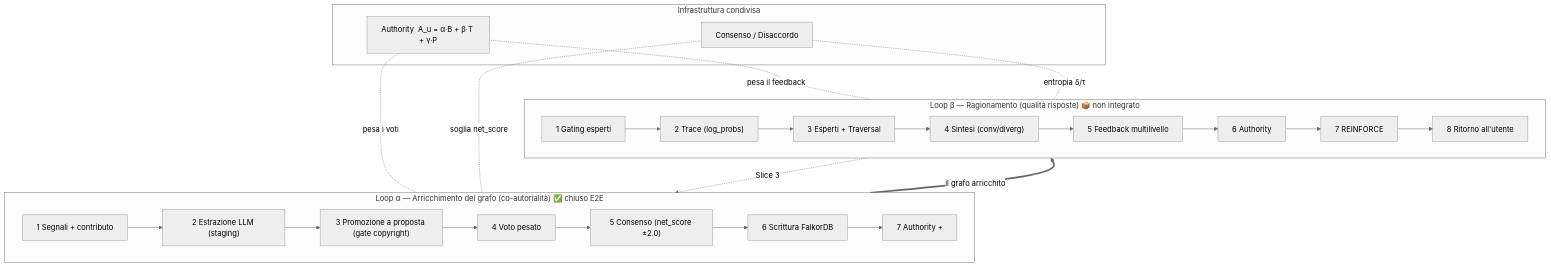
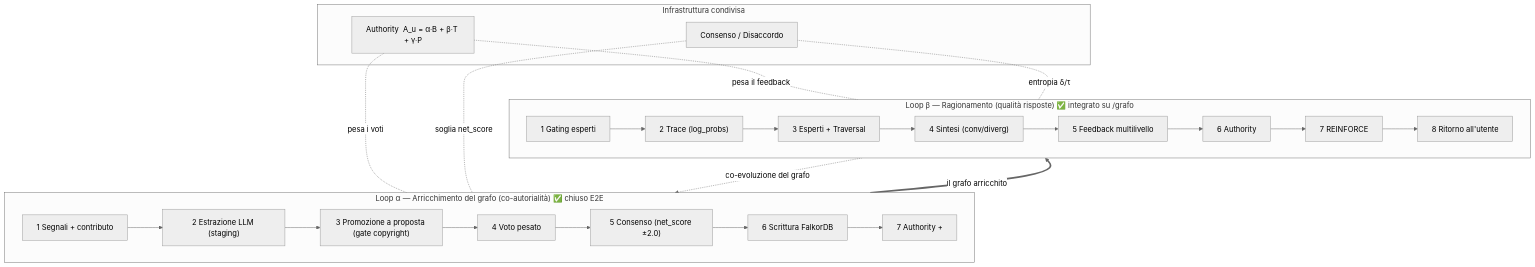
One commit to capazme/VisuaLexAPI changed the diagram in docs/merlt/system-map.md. Above: the diagram before and after it, drawn with Mermaid (neutral theme). The commit also changed other lines of this file and 19 other files, not shown here.

````diff
--- a/docs/merlt/system-map.md
+++ b/docs/merlt/system-map.md
@@ -57,24 +65,24 @@
 ```mermaid
 flowchart TB
   subgraph SHARED[Infrastruttura condivisa]
     AUTH["Authority  A_u = α·B + β·T + γ·P"]
     CONS["Consenso / Disaccordo"]
   end
 
   subgraph A["Loop α — Arricchimento del grafo (co-autorialità)  ✅ chiuso E2E"]
     direction LR
     A1["1 Segnali + contributo"] --> A2["2 Estrazione LLM (staging)"] --> A3["3 Promozione a proposta (gate copyright)"] --> A4["4 Voto pesato"] --> A5["5 Consenso (net_score ±2.0)"] --> A6["6 Scrittura FalkorDB"] --> A7["7 Authority +"]
   end
 
-  subgraph B["Loop β — Ragionamento (qualità risposte)  📦 non integrato"]
+  subgraph B["Loop β — Ragionamento (qualità risposte)  ✅ integrato su /grafo"]
     direction LR
     B1["1 Gating esperti"] --> B2["2 Trace (log_probs)"] --> B3["3 Esperti + Traversal"] --> B4["4 Sintesi (conv/diverg)"] --> B5["5 Feedback multilivello"] --> B6["6 Authority"] --> B7["7 REINFORCE"] --> B8["8 Ritorno all'utente"]
   end
 
   AUTH -. pesa i voti .- A4
   AUTH -. pesa il feedback .- B5
   CONS -. soglia net_score .- A5
   CONS -. entropia δ/τ .- B4
   A6 ==>|"il grafo arricchito"| B3
-  B8 -.->|Slice 3| A1
+  B8 -.->|co-evoluzione del grafo| A1
 ```
````
